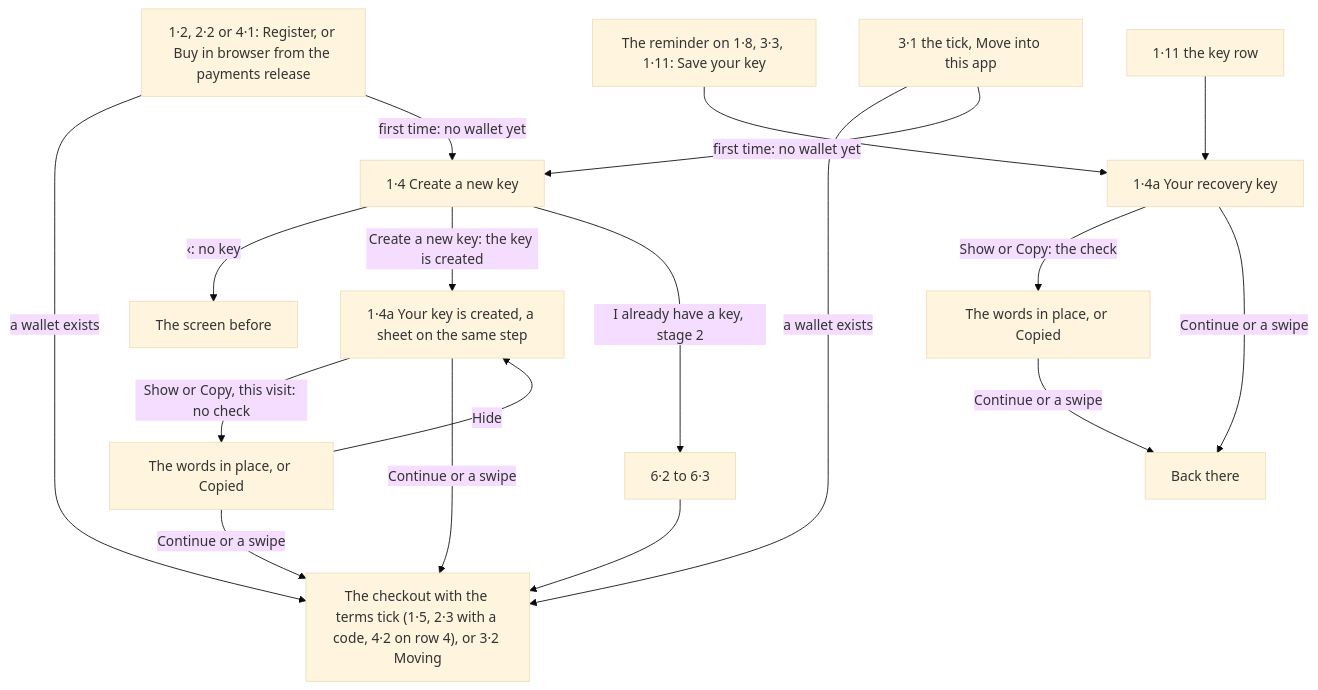
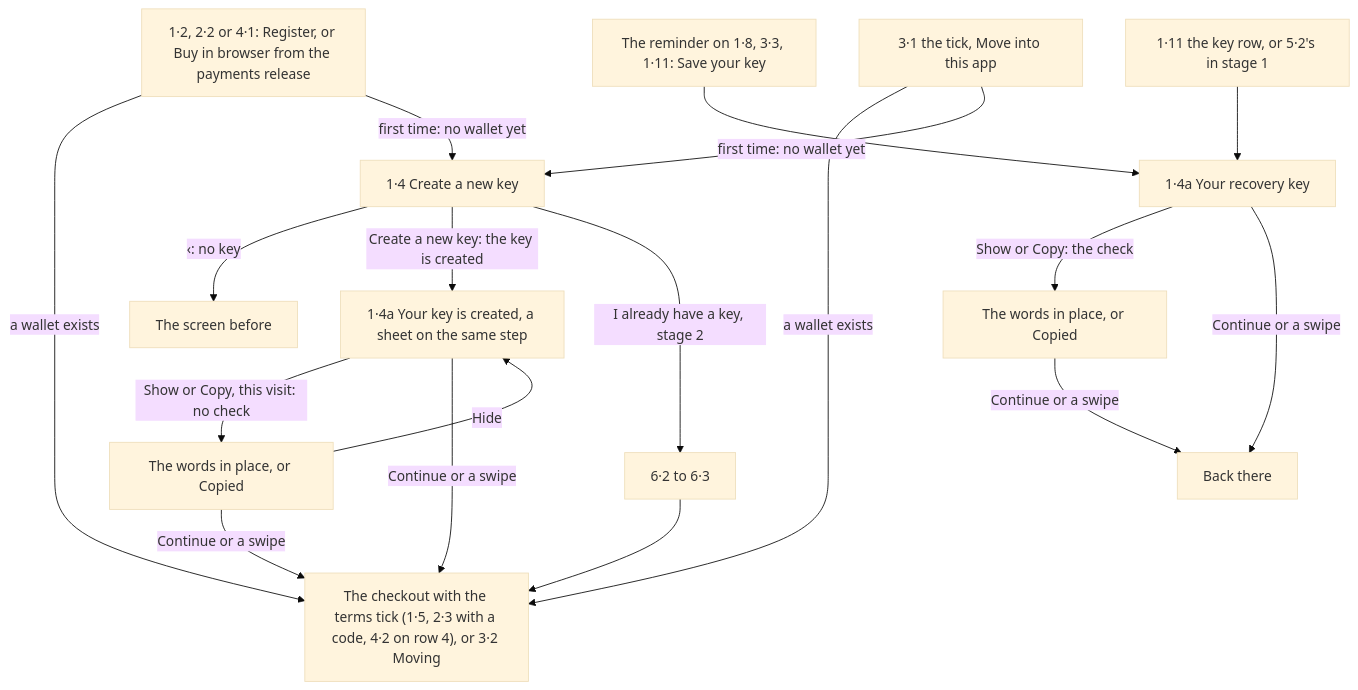
The fifth of 11 diagrams in plans/2026-10-30-names-in-app-purchases.md (simplex-chat/simplex-chat), drawn with Mermaid (base theme) before and after one commit. The commit also changed other lines of this file, not shown here.

````diff
--- a/plans/2026-10-30-names-in-app-purchases.md
+++ b/plans/2026-10-30-names-in-app-purchases.md
@@ -797,20 +797,20 @@
 ```mermaid
 flowchart TD
   search["1·2, 2·2 or 4·1: Register, or Buy in browser from the payments release"] -->|"a wallet exists"| next["The checkout with the terms tick (1·5, 2·3 with a code, 4·2 on row 4), or 3·2 Moving"]
   move["3·1 the tick, Move into this app"] -->|"a wallet exists"| next
   search -->|"first time: no wallet yet"| key["1·4 Create a new key"]
   move -->|"first time: no wallet yet"| key
   key -->|"‹: no key"| before["The screen before"]
   key -->|"Create a new key: the key is created"| sheet["1·4a Your key is created, a sheet on the same step"]
   key -->|"I already have a key, stage 2"| restore["6·2 to 6·3"]
   restore --> next
   sheet -->|"Show or Copy, this visit: no check"| shown["The words in place, or Copied"]
   shown -->|Hide| sheet
   shown -->|"Continue or a swipe"| next
   sheet -->|"Continue or a swipe"| next
   reminder["The reminder on 1·8, 3·3, 1·11: Save your key"] --> later["1·4a Your recovery key"]
-  row["1·11 the key row"] --> later
+  row["1·11 the key row, or 5·2's in stage 1"] --> later
   later -->|"Show or Copy: the check"| shownlater["The words in place, or Copied"]
   later -->|"Continue or a swipe"| back["Back there"]
   shownlater -->|"Continue or a swipe"| back
 ```
````
